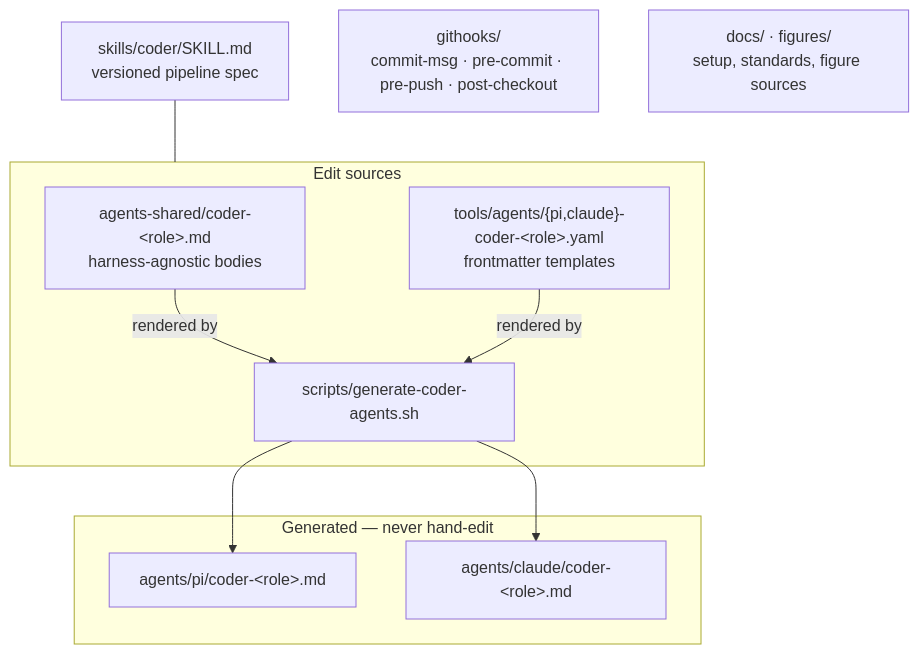
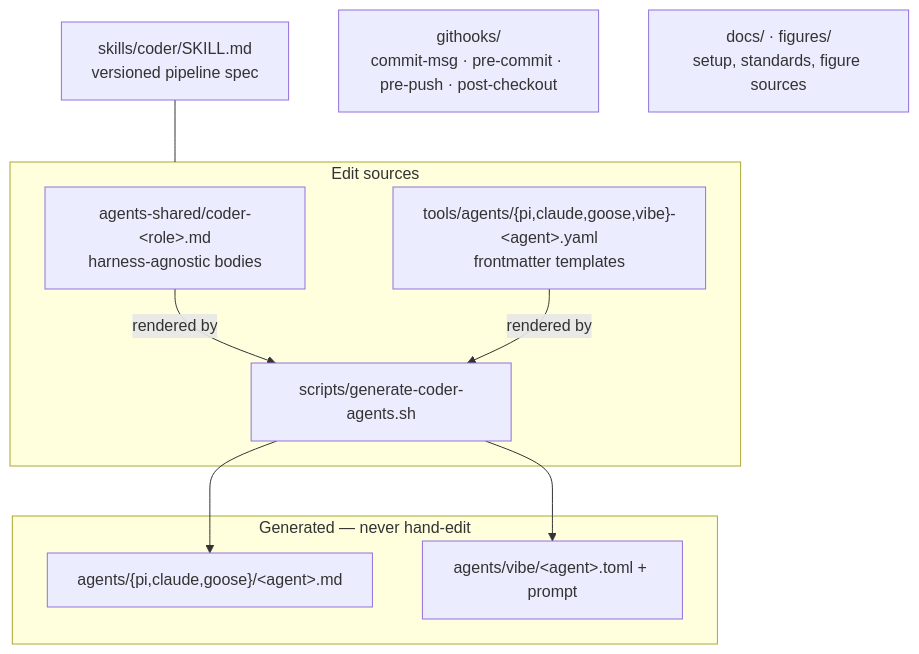
Before and after one commit to clouatre-labs/agentic-coder-skill: the second of 2 diagrams in README.md, drawn with Mermaid. The commit also changed other lines of this file and 51 other files, not shown here.

Commit message:
feat(coder): sync with dotfiles v3.27.0 simplifications, vibe support, and plan-completeness gate

````diff
--- a/README.md
+++ b/README.md
@@ -147,20 +147,20 @@
 ```mermaid
 flowchart TD
     SKILL["skills/coder/SKILL.md\nversioned pipeline spec"]
     subgraph src[Edit sources]
         SHARED["agents-shared/coder-&lt;role&gt;.md\nharness-agnostic bodies"]
-        TMPL["tools/agents/{pi,claude}-coder-&lt;role&gt;.yaml\nfrontmatter templates"]
+        TMPL["tools/agents/{pi,claude,goose,vibe}-&lt;agent&gt;.yaml\nfrontmatter templates"]
         GENSCRIPT["scripts/generate-coder-agents.sh"]
     end
     subgraph out[Generated — never hand-edit]
-        API["agents/pi/coder-&lt;role&gt;.md"]
-        ACL["agents/claude/coder-&lt;role&gt;.md"]
+        API["agents/{pi,claude,goose}/&lt;agent&gt;.md"]
+        AVIBE["agents/vibe/&lt;agent&gt;.toml + prompt"]
     end
     HOOKS["githooks/\ncommit-msg · pre-commit · pre-push · post-checkout"]
     DOCS["docs/ · figures/\nsetup, standards, figure sources"]
     SHARED -->|rendered by| GENSCRIPT
     TMPL -->|rendered by| GENSCRIPT
     GENSCRIPT --> API
-    GENSCRIPT --> ACL
+    GENSCRIPT --> AVIBE
     SKILL --- src
 ```
````
